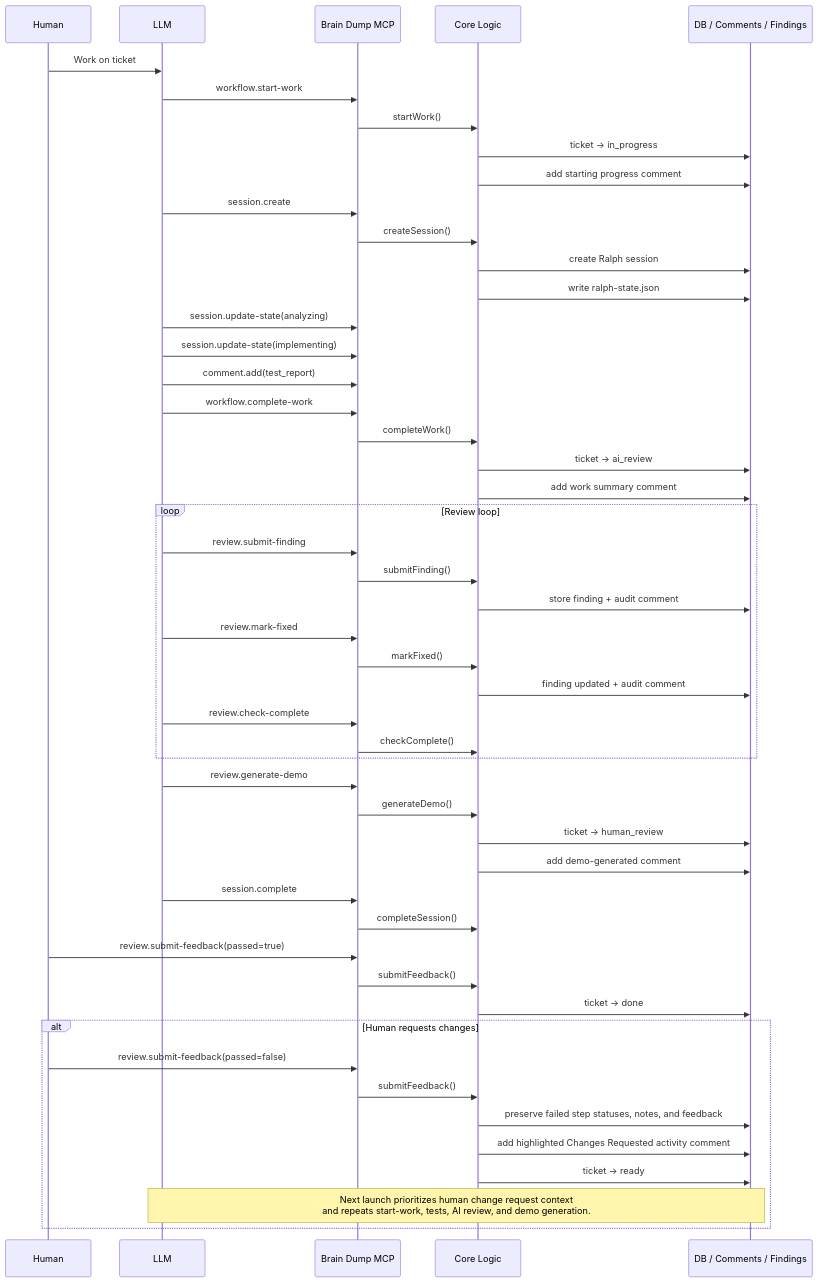
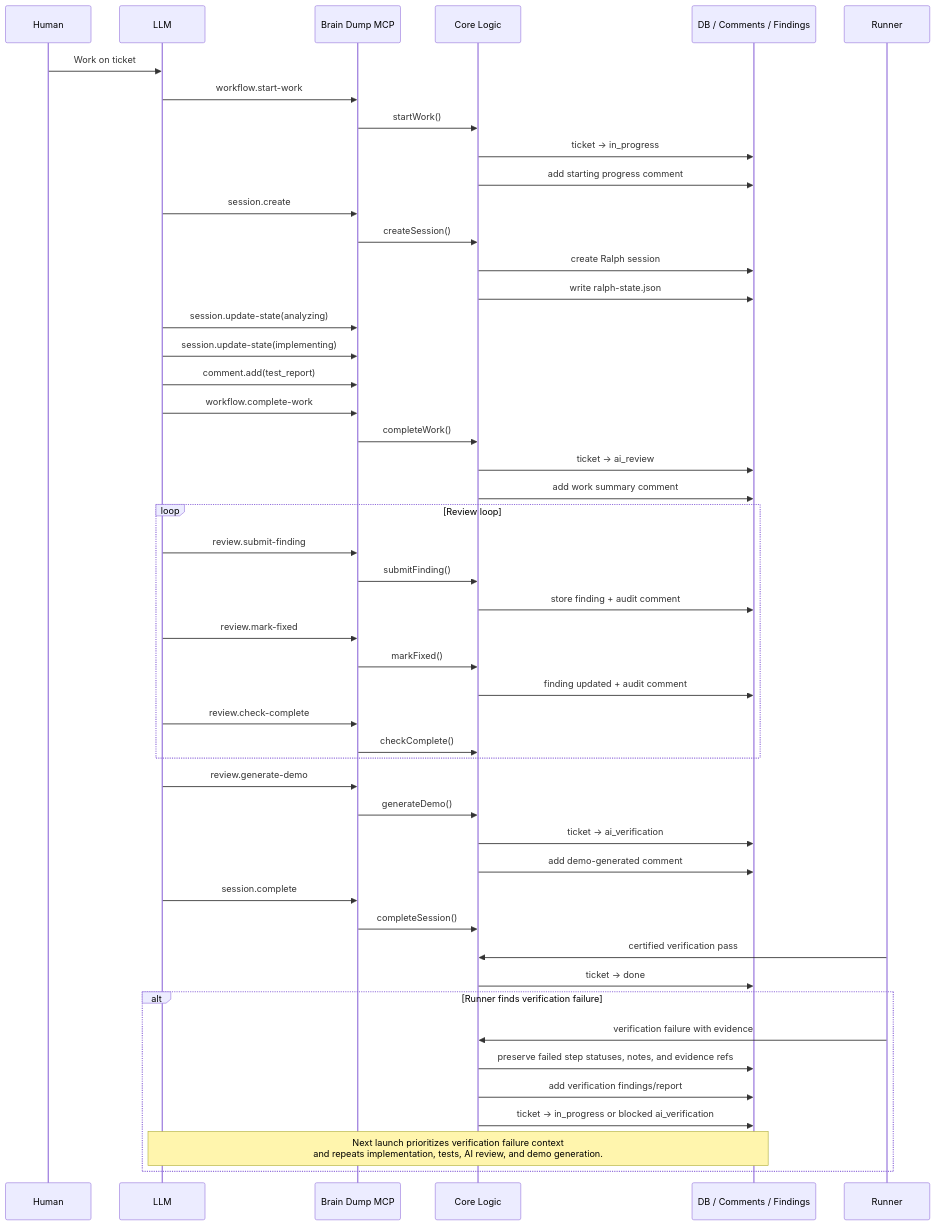
One commit to salmanrrana/brain-dump changed the fifth of 14 diagrams in docs/universal-quality-workflow-per-provider-diagrams.md. Above: the diagram before and after it, drawn with Mermaid. The commit also changed other lines of this file and 39 other files, not shown here.

Commit message:
feat(9f63c408): address ai verification review findings

````diff
--- a/docs/universal-quality-workflow-per-provider-diagrams.md
+++ b/docs/universal-quality-workflow-per-provider-diagrams.md
@@ -194,60 +194,58 @@
 ```mermaid
 sequenceDiagram
     participant Human
     participant LLM
     participant MCP as Brain Dump MCP
     participant Core as Core Logic
     participant DB as DB / Comments / Findings
 
     Human->>LLM: Work on ticket
     LLM->>MCP: workflow.start-work
     MCP->>Core: startWork()
     Core->>DB: ticket -> in_progress
     Core->>DB: add starting progress comment
 
     LLM->>MCP: session.create
     MCP->>Core: createSession()
     Core->>DB: create Ralph session
     Core->>DB: write ralph-state.json
 
     LLM->>MCP: session.update-state(analyzing)
     LLM->>MCP: session.update-state(implementing)
     LLM->>MCP: comment.add(test_report)
 
     LLM->>MCP: workflow.complete-work
     MCP->>Core: completeWork()
     Core->>DB: ticket -> ai_review
     Core->>DB: add work summary comment
 
     loop Review loop
         LLM->>MCP: review.submit-finding
         MCP->>Core: submitFinding()
         Core->>DB: store finding + audit comment
         LLM->>MCP: review.mark-fixed
         MCP->>Core: markFixed()
         Core->>DB: finding updated + audit comment
         LLM->>MCP: review.check-complete
         MCP->>Core: checkComplete()
     end
 
     LLM->>MCP: review.generate-demo
     MCP->>Core: generateDemo()
-    Core->>DB: ticket -> human_review
+    Core->>DB: ticket -> ai_verification
     Core->>DB: add demo-generated comment
 
     LLM->>MCP: session.complete
     MCP->>Core: completeSession()
 
-    Human->>MCP: review.submit-feedback(passed=true)
-    MCP->>Core: submitFeedback()
+    Runner->>Core: certified verification pass
     Core->>DB: ticket -> done
 
-    alt Human requests changes
-        Human->>MCP: review.submit-feedback(passed=false)
-        MCP->>Core: submitFeedback()
-        Core->>DB: preserve failed step statuses, notes, and feedback
-        Core->>DB: add highlighted Changes Requested activity comment
-        Core->>DB: ticket -> ready
-        Note over LLM,DB: Next launch prioritizes human change request context<br/>and repeats start-work, tests, AI review, and demo generation.
+    alt Runner finds verification failure
+        Runner->>Core: verification failure with evidence
+        Core->>DB: preserve failed step statuses, notes, and evidence refs
+        Core->>DB: add verification findings/report
+        Core->>DB: ticket -> in_progress or blocked ai_verification
+        Note over LLM,DB: Next launch prioritizes verification failure context<br/>and repeats implementation, tests, AI review, and demo generation.
     end
 ```
````
